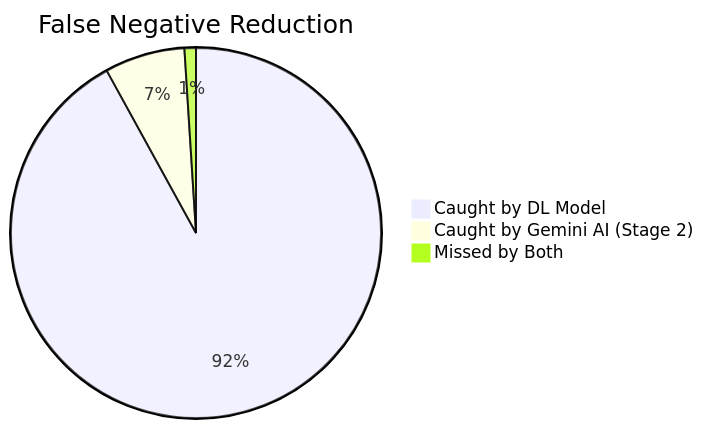
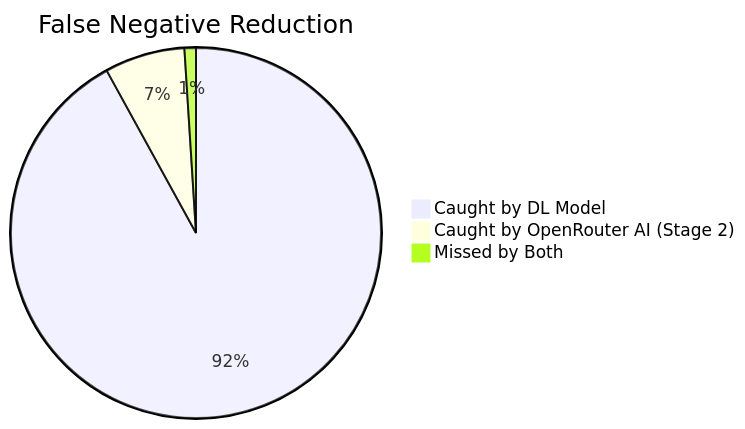
The eighth of 12 diagrams in README.md (ubvc04/Spam-Detection), drawn with Mermaid before and after one commit. The commit also changed other lines of this file and 25 other files, not shown here.

Commit message:
Update project: Add user authentication, history tracking, and OpenRouter verification

````diff
--- a/README.md
+++ b/README.md
@@ -548,6 +548,6 @@
 ```mermaid
 pie title False Negative Reduction
     "Caught by DL Model" : 92
-    "Caught by Gemini AI (Stage 2)" : 7
+    "Caught by OpenRouter AI (Stage 2)" : 7
     "Missed by Both" : 1
 ```
````
